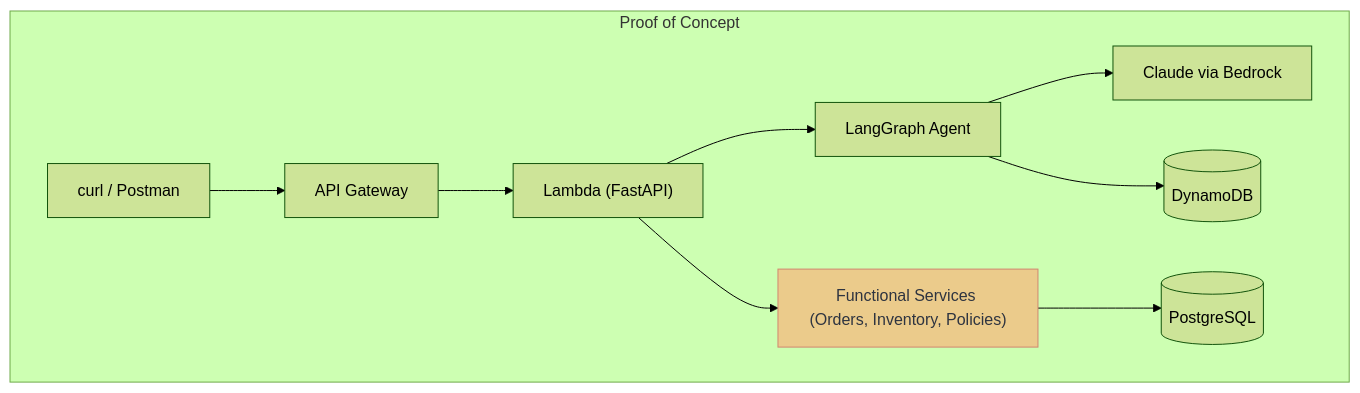
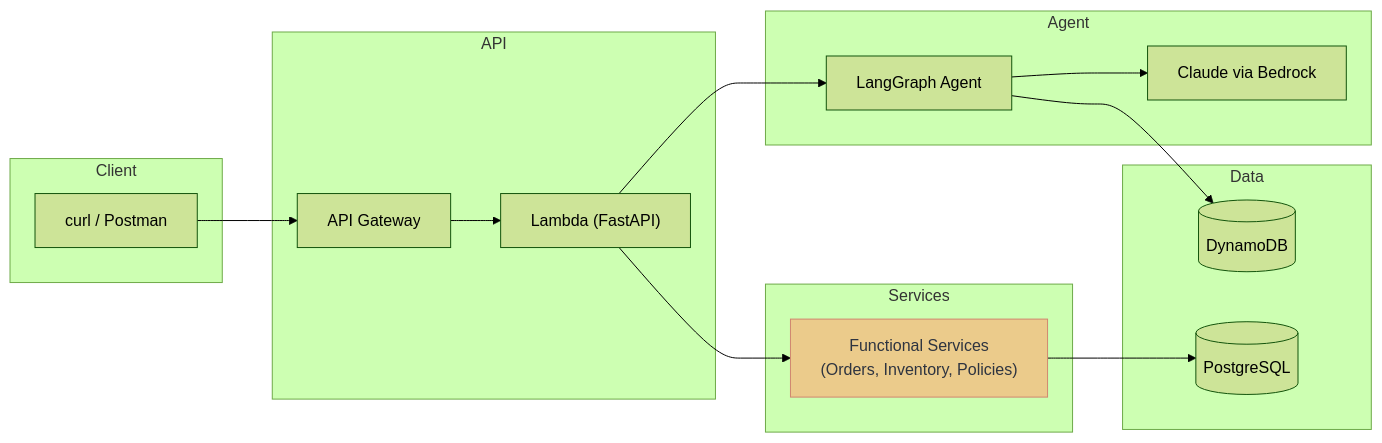
Before and after one commit to brandonvio/brightthread: the second of 2 diagrams in docs/poc.md, drawn with Mermaid (forest theme). The commit also changed other lines of this file and 2 other files, not shown here.

````diff
--- a/docs/poc.md
+++ b/docs/poc.md
@@ -68,14 +96,34 @@
 ```mermaid
-flowchart TB
-    subgraph PoC["Proof of Concept"]
-        CLI[curl / Postman] --> APIGW[API Gateway]
-        APIGW --> Lambda["Lambda (FastAPI)"]
-        Lambda --> Agent["LangGraph Agent"]
-        Agent --> Bedrock[Claude via Bedrock]
-        Agent --> DDB[(DynamoDB)]
-        Lambda --> Services["Functional Services (Orders, Inventory, Policies)"]
-        Services --> DB[(PostgreSQL)]
+flowchart LR
+    subgraph Client
+        CLI[curl / Postman]
     end
 
-    style Services fill:#EBCB8B,stroke:#D08770,color:#2E3440
+    subgraph API
+        APIGW[API Gateway]
+        Lambda["Lambda (FastAPI)"]
+    end
+
+    subgraph Agent
+        LG["LangGraph Agent"]
+        Bedrock[Claude via Bedrock]
+    end
+
+    subgraph Data
+        DDB[(DynamoDB)]
+        DB[(PostgreSQL)]
+    end
+
+    subgraph Services
+        Svc["Functional Services<br/>(Orders, Inventory, Policies)"]
+    end
+
+    CLI --> APIGW --> Lambda
+    Lambda --> LG
+    LG --> Bedrock
+    LG --> DDB
+    Lambda --> Svc
+    Svc --> DB
+
+    style Svc fill:#EBCB8B,stroke:#D08770,color:#2E3440
 ```
````
